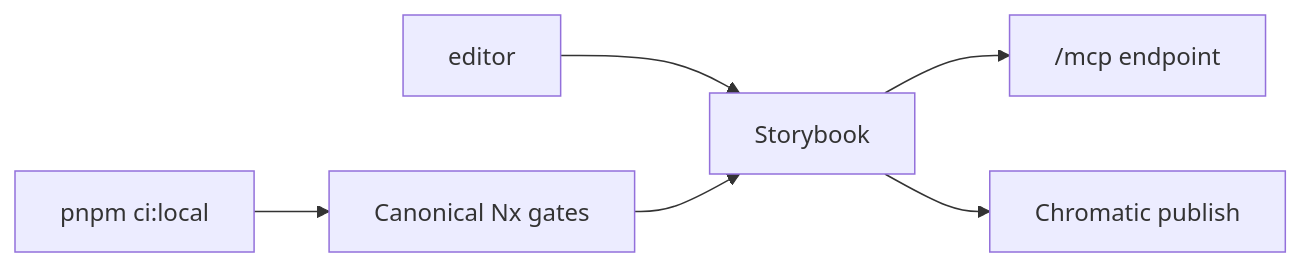
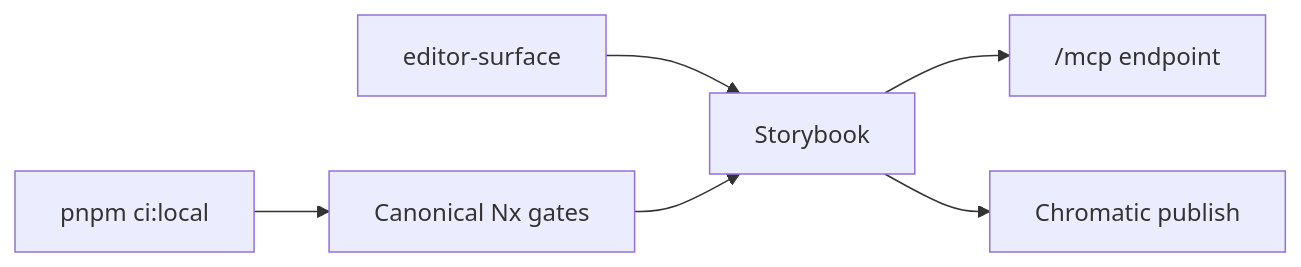
Before and after one commit to shpitdev/sketchi: the diagram in docs/storybook-chromatic.md, drawn with Mermaid. The commit also changed other lines of this file and 69 other files, not shown here.

````diff
--- a/docs/storybook-chromatic.md
+++ b/docs/storybook-chromatic.md
@@ -12,8 +12,8 @@
 ```mermaid
 flowchart LR
-  UI["editor"] --> Storybook["Storybook"]
+  UI["editor-surface"] --> Storybook["Storybook"]
   Storybook --> MCP["/mcp endpoint"]
   Storybook --> Chromatic["Chromatic publish"]
   CI["pnpm ci:local"] --> Build["Canonical Nx gates"]
   Build --> Storybook
 ```
````
